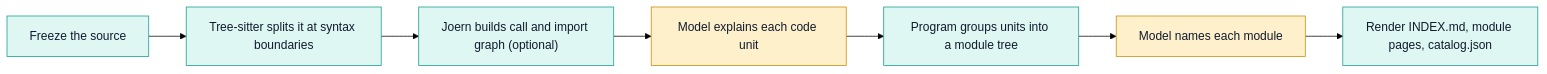
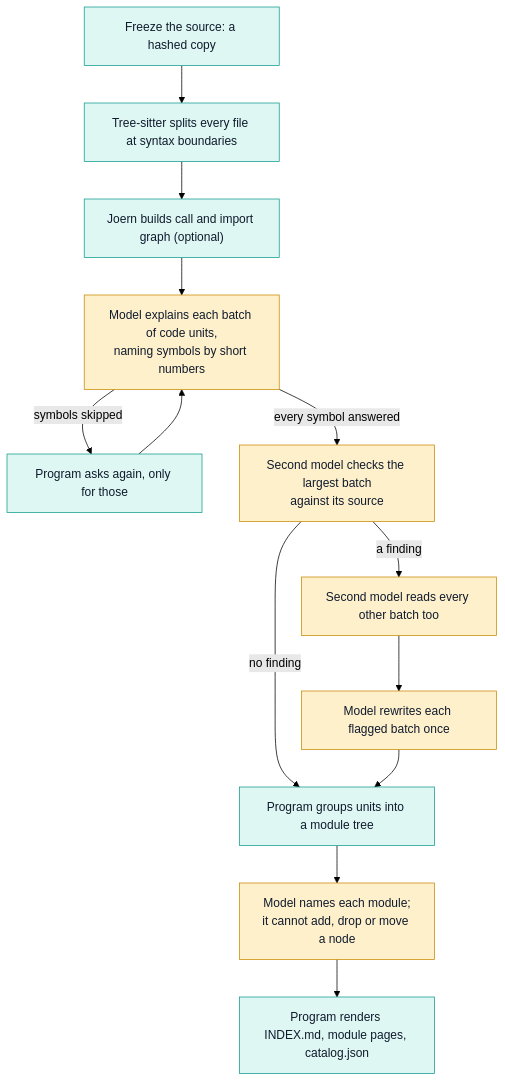
One commit to zlxdengtianhei/codebase-explorer changed the first of 2 diagrams in README.md. Above: the diagram before and after it, drawn with Mermaid (forest theme). The commit also changed other lines of this file and 1 other file, not shown here.

Commit message:
README: show the pipeline's branches (ask again for skipped symbols, sampled check, rewrite) and add a diagram of how the result is read

````diff
--- a/README.md
+++ b/README.md
@@ -87,13 +87,19 @@
 ```mermaid
-flowchart LR
-  A["Freeze the source"] --> B["Tree-sitter splits it at syntax boundaries"]
+flowchart TD
+  A["Freeze the source: a hashed copy"] --> B["Tree-sitter splits every file at syntax boundaries"]
   B --> C["Joern builds call and import graph (optional)"]
-  C --> D["Model explains each code unit"]
-  D --> E["Program groups units into a module tree"]
-  E --> F["Model names each module"]
-  F --> G["Render INDEX.md, module pages, catalog.json"]
+  C --> D["Model explains each batch of code units,<br/>naming symbols by short numbers"]
+  D -->|"symbols skipped"| D2["Program asks again, only for those"]
+  D2 --> D
+  D -->|"every symbol answered"| R["Second model checks the largest batch<br/>against its source"]
+  R -->|"a finding"| R2["Second model reads every other batch too"]
+  R2 --> W["Model rewrites each flagged batch once"]
+  R -->|"no finding"| E["Program groups units into a module tree"]
+  W --> E
+  E --> F["Model names each module;<br/>it cannot add, drop or move a node"]
+  F --> G["Program renders INDEX.md, module pages, catalog.json"]
   classDef program fill:#dff7f3,stroke:#0f9b8e,color:#0f1b2d
   classDef model fill:#fff0cc,stroke:#c98a00,color:#0f1b2d
-  class A,B,C,E,G program
-  class D,F model
+  class A,B,C,D2,E,G program
+  class D,R,R2,W,F model
 ```
````
